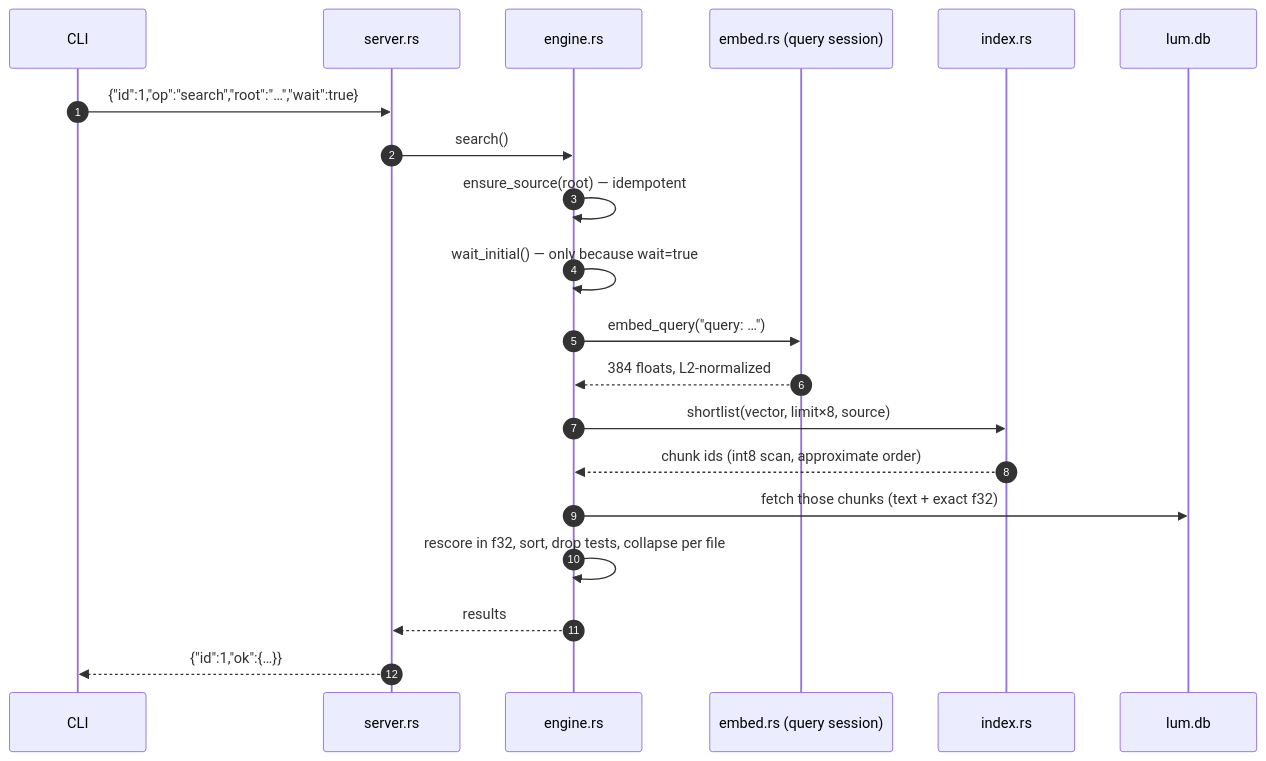
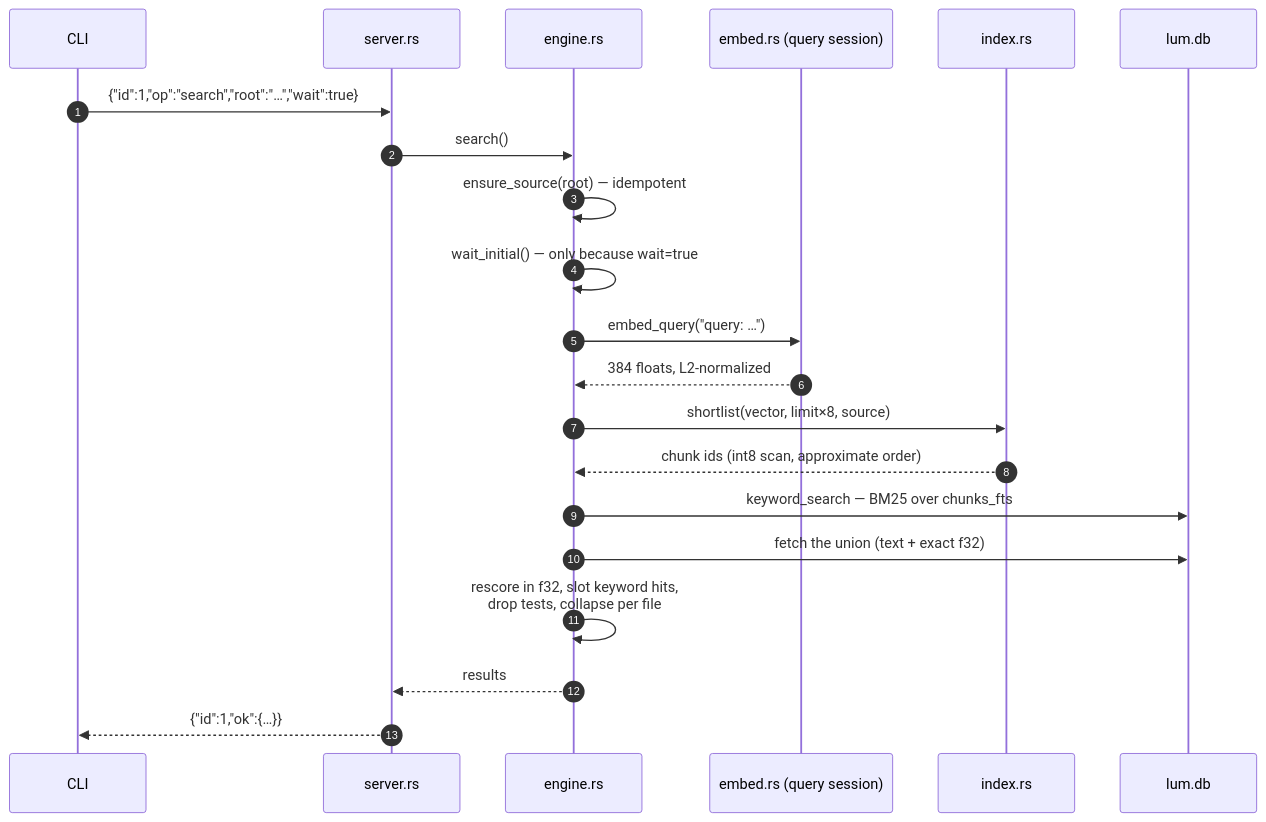
Before and after one commit to alDuncanson/lum: the third of 10 diagrams in docs/diagrams.md, drawn with Mermaid. The commit also changed 6 other files, not shown here.

````diff
--- a/docs/diagrams.md
+++ b/docs/diagrams.md
@@ -82,23 +82,24 @@
 ```mermaid
 sequenceDiagram
     autonumber
     participant C as CLI
     participant S as server.rs
     participant E as engine.rs
     participant M as embed.rs (query session)
     participant I as index.rs
     participant DB as lum.db
 
     C->>S: {"id":1,"op":"search","root":"…","wait":true}
     S->>E: search()
     E->>E: ensure_source(root) — idempotent
     E->>E: wait_initial() — only because wait=true
     E->>M: embed_query("query: …")
     M-->>E: 384 floats, L2-normalized
     E->>I: shortlist(vector, limit×8, source)
     I-->>E: chunk ids (int8 scan, approximate order)
-    E->>DB: fetch those chunks (text + exact f32)
-    E->>E: rescore in f32, sort, drop tests, collapse per file
+    E->>DB: keyword_search — BM25 over chunks_fts
+    E->>DB: fetch the union (text + exact f32)
+    E->>E: rescore in f32, slot keyword hits,<br/>drop tests, collapse per file
     E-->>S: results
     S-->>C: {"id":1,"ok":{…}}
 ```
````
